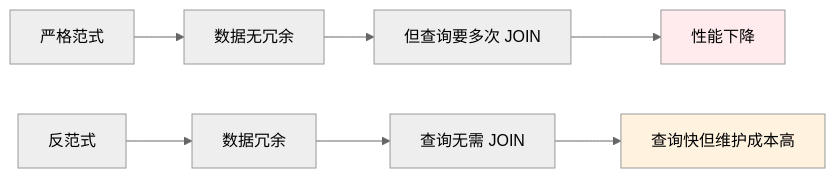
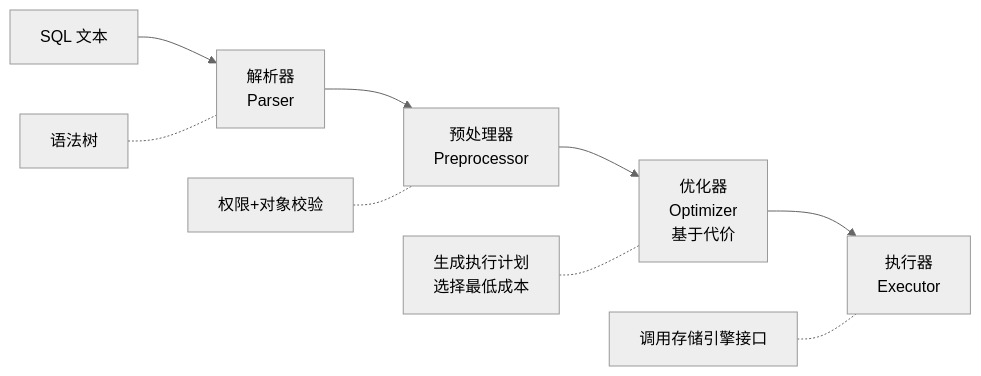
One commit to chongyang211/YCBookBlog changed the second of 5 diagrams in docs/10.真经/05.方案设计思想/05.数据库SQL设计思想.md. Above: the diagram before and after it, drawn with Mermaid (neutral theme). The commit also changed other lines of this file and 36 other files, not shown here.

````diff
--- a/docs/10.真经/05.方案设计思想/05.数据库SQL设计思想.md
+++ b/docs/10.真经/05.方案设计思想/05.数据库SQL设计思想.md
@@ -124,13 +302,12 @@
 ```mermaid
-graph LR
-    A[严格范式] --> B[数据无冗余]
-    B --> C[但查询要多次 JOIN]
-    C --> D[性能下降]
+flowchart LR
+    A[SQL 文本] --> B[解析器<br/>Parser]
+    B --> C[预处理器<br/>Preprocessor]
+    C --> D[优化器<br/>Optimizer<br/>基于代价]
+    D --> E[执行器<br/>Executor]
     
-    A2[反范式] --> B2[数据冗余]
-    B2 --> C2[查询无需 JOIN]
-    C2 --> D2[查询快但维护成本高]
-    
-    style D fill:#ffebee
-    style D2 fill:#fff3e0
+    B1[语法树] -.- B
+    C1[权限+对象校验] -.- C
+    D1[生成执行计划<br/>选择最低成本] -.- D
+    E1[调用存储引擎接口] -.- E
 ```
````
